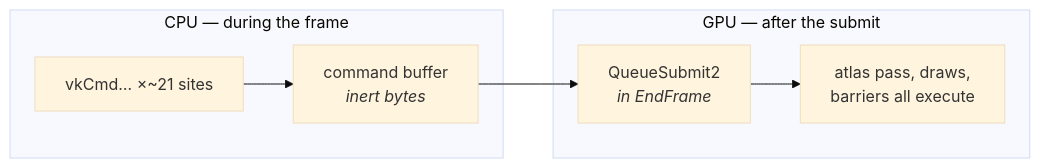
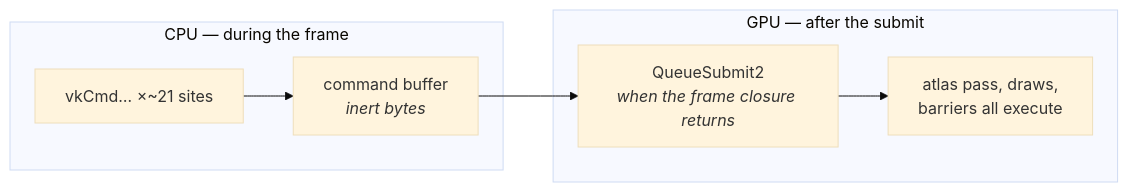
The fifth of 5 diagrams in notes/OVERVIEW.md (Zephyr75/overdrive), drawn with Mermaid (base theme) before and after one commit. The commit also changed other lines of this file and 55 other files, not shown here.

````diff
--- a/notes/OVERVIEW.md
+++ b/notes/OVERVIEW.md
@@ -236,10 +252,10 @@
 ```mermaid
 graph LR
     subgraph CPU["CPU — during the frame"]
         R1["vkCmd… ×~21 sites"] --> R2["command buffer<br/><i>inert bytes</i>"]
     end
-    R2 --> SUB["QueueSubmit2<br/><i>in EndFrame</i>"]
+    R2 --> SUB["QueueSubmit2<br/><i>when the frame closure returns</i>"]
     subgraph GPU["GPU — after the submit"]
         SUB --> EX["atlas pass, draws,<br/>barriers all execute"]
     end
 ```
````
